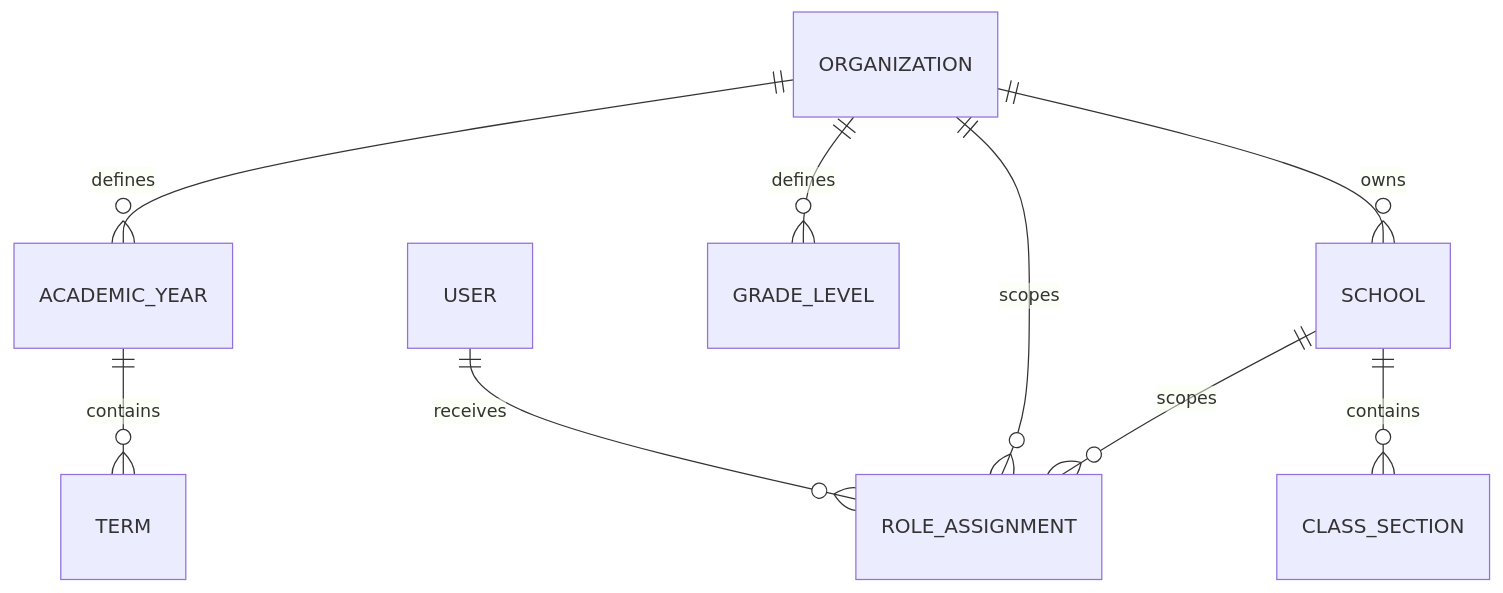
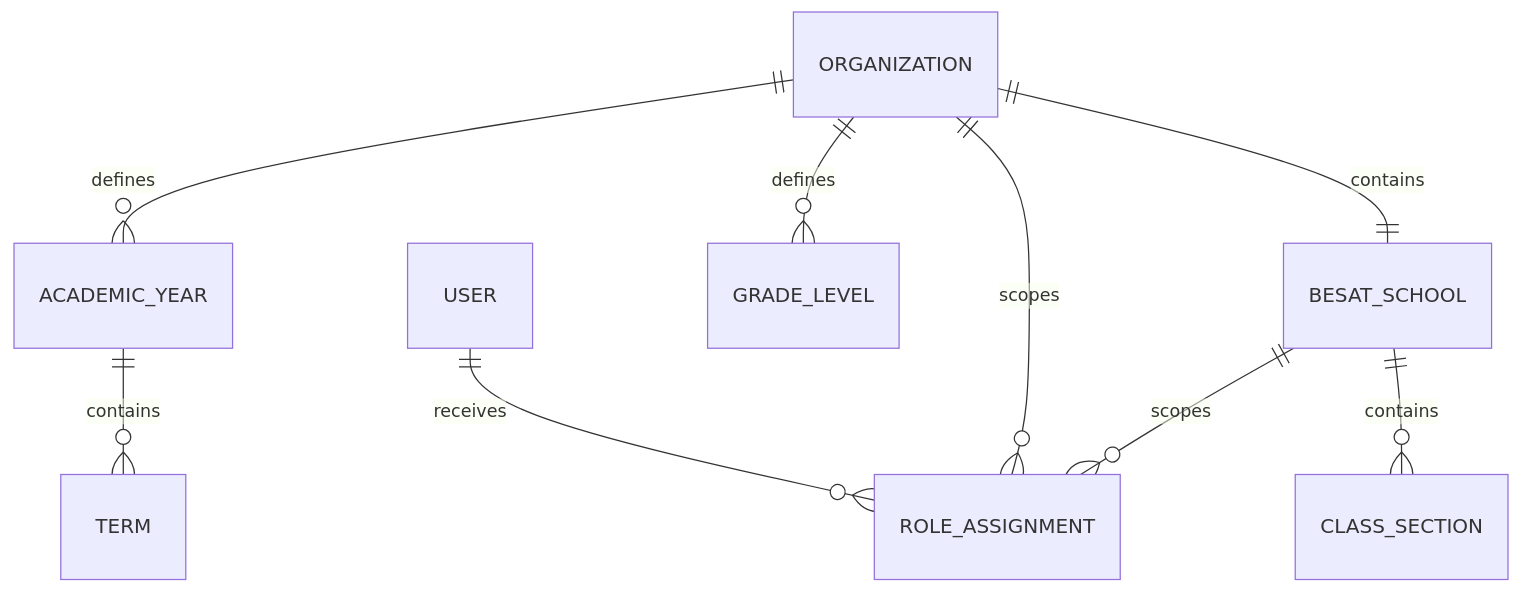
The first of 5 diagrams in Backend/docs/03-DATA_MODEL_FA.md (leonardo0231/hamamooz-platform), drawn with Mermaid before and after one commit. The commit also changed other lines of this file and 76 other files, not shown here.

Commit message:
fix: consolidate school scope to Besat

````diff
--- a/Backend/docs/03-DATA_MODEL_FA.md
+++ b/Backend/docs/03-DATA_MODEL_FA.md
@@ -13,11 +13,11 @@
 ```mermaid
 erDiagram
-    ORGANIZATION ||--o{ SCHOOL : owns
+    ORGANIZATION ||--|| BESAT_SCHOOL : contains
     ORGANIZATION ||--o{ ACADEMIC_YEAR : defines
     ACADEMIC_YEAR ||--o{ TERM : contains
     ORGANIZATION ||--o{ GRADE_LEVEL : defines
-    SCHOOL ||--o{ CLASS_SECTION : contains
+    BESAT_SCHOOL ||--o{ CLASS_SECTION : contains
     USER ||--o{ ROLE_ASSIGNMENT : receives
     ORGANIZATION ||--o{ ROLE_ASSIGNMENT : scopes
-    SCHOOL ||--o{ ROLE_ASSIGNMENT : scopes
+    BESAT_SCHOOL ||--o{ ROLE_ASSIGNMENT : scopes
 ```
````
